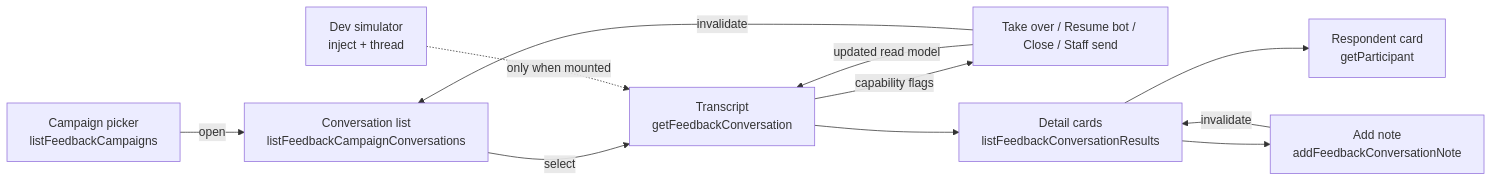
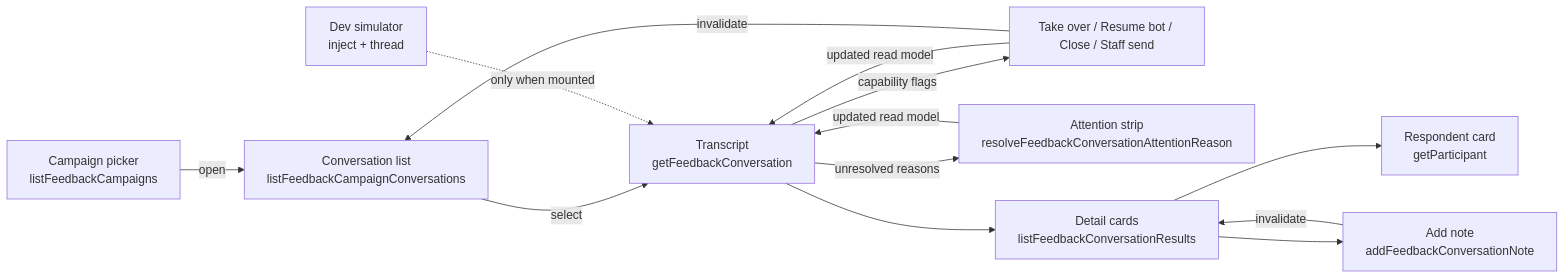
The diagram in docs/frontend/feedback-conversations.md (johnakisk0700/slopform), drawn with Mermaid before and after one commit. The commit also changed other lines of this file and 17 other files, not shown here.

````diff
--- a/docs/frontend/feedback-conversations.md
+++ b/docs/frontend/feedback-conversations.md
@@ -68,13 +69,15 @@
 ```mermaid
 flowchart LR
   picker["Campaign picker\nlistFeedbackCampaigns"] -->|open| list["Conversation list\nlistFeedbackCampaignConversations"]
   list -->|select| detail["Transcript\ngetFeedbackConversation"]
   detail -->|"capability flags"| actions["Take over / Resume bot / Close / Staff send"]
+  detail -->|"unresolved reasons"| attention["Attention strip\nresolveFeedbackConversationAttentionReason"]
+  attention -->|"updated read model"| detail
   detail --> details["Detail cards\nlistFeedbackConversationResults"]
   details --> profile["Respondent card\ngetParticipant"]
   details --> note["Add note\naddFeedbackConversationNote"]
   note -->|invalidate| details
   actions -->|"updated read model"| detail
   actions -->|invalidate| list
   sim["Dev simulator\ninject + thread"] -.->|"only when mounted"| detail
 ```
````
